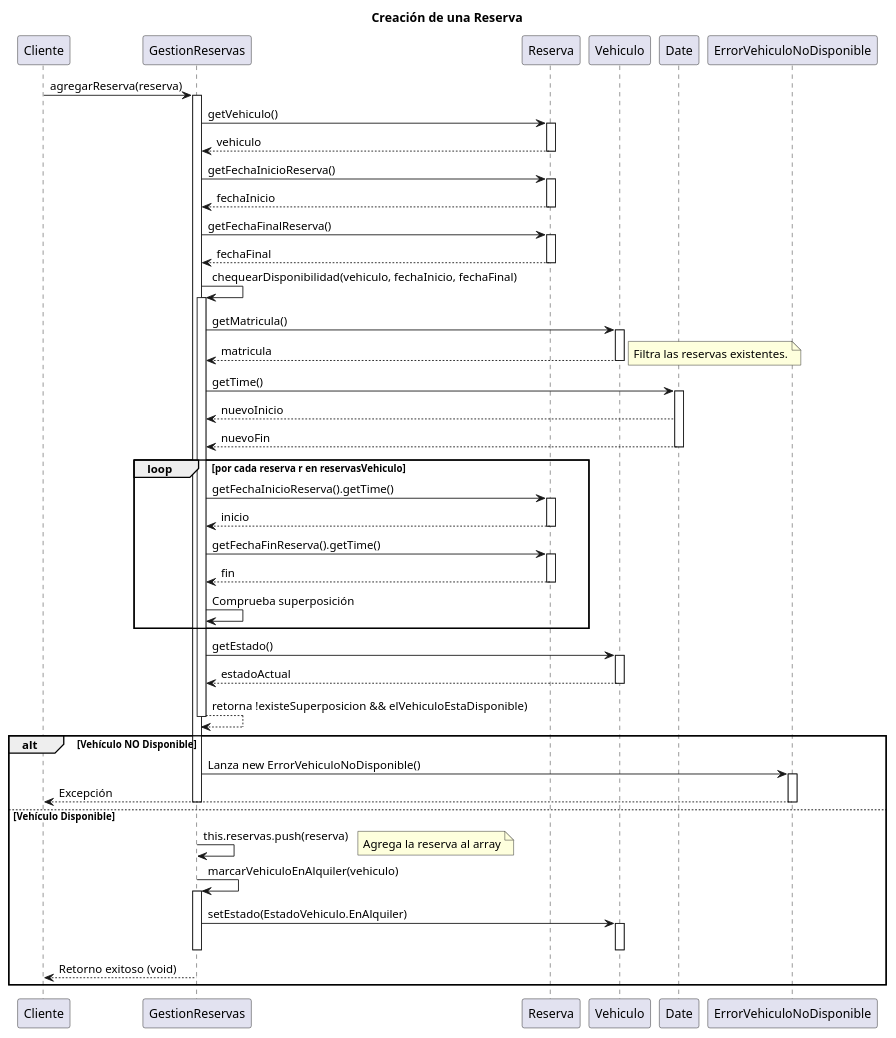
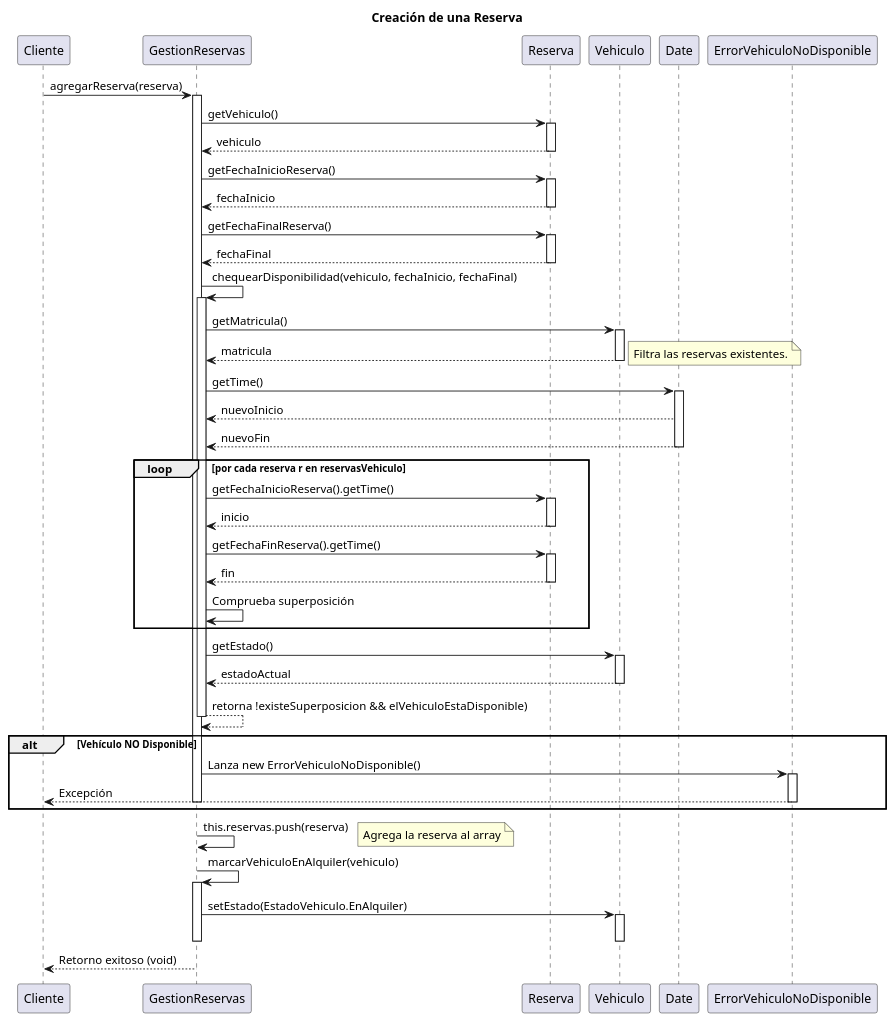
The diagram in src/AlquilerDeAutos/diagrama/secuenciaCrearReserva.puml (AndresCastro-hub/Tp-Alquiler-de-autos), drawn with PlantUML before and after one commit.

Commit message:
finalizo el if donde corresponde

```diff
--- a/src/AlquilerDeAutos/diagrama/secuenciaCrearReserva.puml
+++ b/src/AlquilerDeAutos/diagrama/secuenciaCrearReserva.puml
@@ -1,93 +1,92 @@
 @startuml
 title Creación de una Reserva
 
 participant Cliente
 participant GestionReservas as "GestionReservas"
 participant Reserva as "Reserva"
 participant Vehiculo as "Vehiculo"
 participant Date as "Date"
 participant ErrorVehiculoNoDisponible as "ErrorVehiculoNoDisponible"
 
 ' INICIO: Llamada inicial desde el "Cliente"
 Cliente -> GestionReservas : agregarReserva(reserva)
 activate GestionReservas
 
 ' 1. Obtener datos de la Reserva
 GestionReservas -> Reserva : getVehiculo()
 activate Reserva
 Reserva --> GestionReservas : vehiculo
 deactivate Reserva
 
 GestionReservas -> Reserva : getFechaInicioReserva()
 activate Reserva
 Reserva --> GestionReservas : fechaInicio
 deactivate Reserva
 
 GestionReservas -> Reserva : getFechaFinalReserva()
 activate Reserva
 Reserva --> GestionReservas : fechaFinal
 deactivate Reserva
 
 'Chequeo de Disponibilidad'
 
 GestionReservas -> GestionReservas : chequearDisponibilidad(vehiculo, fechaInicio, fechaFinal)
 activate GestionReservas
     GestionReservas -> Vehiculo : getMatricula()
     activate Vehiculo
     Vehiculo --> GestionReservas : matricula
     deactivate Vehiculo
 
     note right : Filtra las reservas existentes.
 
     GestionReservas -> Date : getTime()
     activate Date
     Date --> GestionReservas : nuevoInicio
     Date --> GestionReservas : nuevoFin
     deactivate Date
 
     loop por cada reserva r en reservasVehiculo
         GestionReservas -> Reserva : getFechaInicioReserva().getTime()
         activate Reserva
         Reserva --> GestionReservas : inicio
         deactivate Reserva
         GestionReservas -> Reserva : getFechaFinReserva().getTime()
         activate Reserva
         Reserva --> GestionReservas : fin
         deactivate Reserva
         GestionReservas -> GestionReservas : Comprueba superposición
     end
 
     GestionReservas -> Vehiculo : getEstado()
     activate Vehiculo
     Vehiculo --> GestionReservas : estadoActual
     deactivate Vehiculo
 
     GestionReservas --> GestionReservas : retorna !existeSuperposicion && elVehiculoEstaDisponible)
 deactivate GestionReservas
 
  'Evaluación y Ejecución'
 
 alt Vehículo NO Disponible
     GestionReservas -> ErrorVehiculoNoDisponible : Lanza new ErrorVehiculoNoDisponible()
     activate ErrorVehiculoNoDisponible
     ErrorVehiculoNoDisponible --> Cliente : Excepción
     deactivate ErrorVehiculoNoDisponible
     deactivate GestionReservas
-else Vehículo Disponible
-    ' Persistir la Reserva
-    GestionReservas -> GestionReservas : this.reservas.push(reserva)
-    note right : Agrega la reserva al array
+end
+' Persistir la Reserva
+GestionReservas -> GestionReservas : this.reservas.push(reserva)
+note right : Agrega la reserva al array
 
-    ' Marcar Vehículo como En Alquiler
-    GestionReservas -> GestionReservas : marcarVehiculoEnAlquiler(vehiculo)
-    activate GestionReservas
-        GestionReservas -> Vehiculo : setEstado(EstadoVehiculo.EnAlquiler)
-        activate Vehiculo
-        deactivate Vehiculo
-    deactivate GestionReservas
+' Marcar Vehículo como En Alquiler
+GestionReservas -> GestionReservas : marcarVehiculoEnAlquiler(vehiculo)
+activate GestionReservas
+    GestionReservas -> Vehiculo : setEstado(EstadoVehiculo.EnAlquiler)
+    activate Vehiculo
+    deactivate Vehiculo
+deactivate GestionReservas
 
-    GestionReservas --> Cliente : Retorno exitoso (void)
-    deactivate GestionReservas
-end
+GestionReservas --> Cliente : Retorno exitoso (void)
+deactivate GestionReservas
 
 @enduml
```
